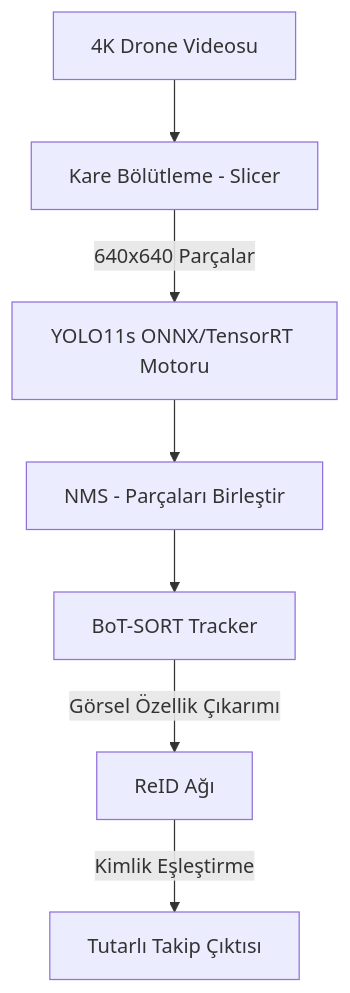
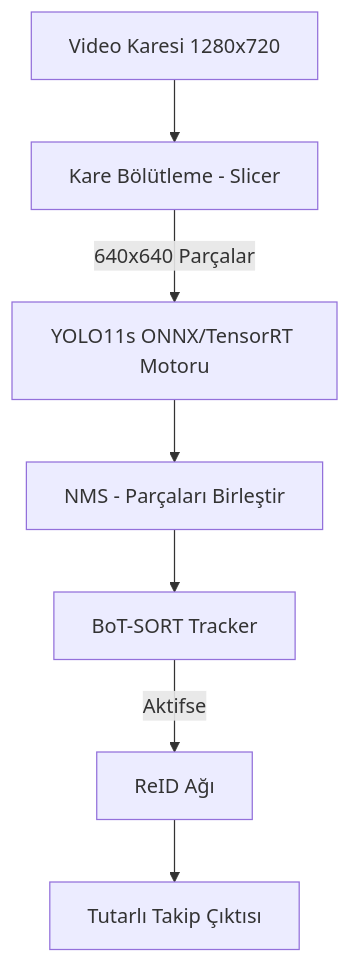
One commit to eyyupkln/VisdroneDetection changed the second of 2 diagrams in README.md. Above: the diagram before and after it, drawn with Mermaid. The commit also changed other lines of this file, not shown here.

````diff
--- a/README.md
+++ b/README.md
@@ -121,9 +164,9 @@
 ```mermaid
 graph TD;
-    A[4K Drone Videosu] --> B[Kare Bölütleme - Slicer];
+    A[Video Karesi 1280x720] --> B[Kare Bölütleme - Slicer];
     B -->|640x640 Parçalar| C[YOLO11s ONNX/TensorRT Motoru];
     C --> D[NMS - Parçaları Birleştir];
     D --> E[BoT-SORT Tracker];
-    E -->|Görsel Özellik Çıkarımı| F[ReID Ağı];
-    F -->|Kimlik Eşleştirme| G[Tutarlı Takip Çıktısı];
+    E -->|Aktifse| F[ReID Ağı];
+    F --> G[Tutarlı Takip Çıktısı];
 ```
````
